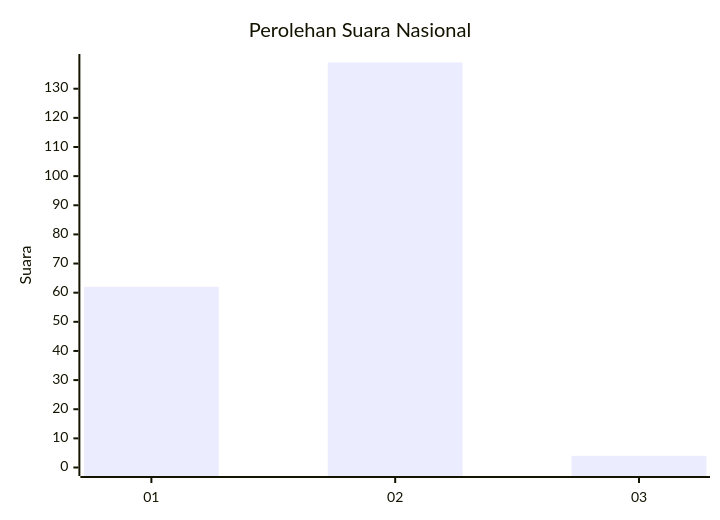
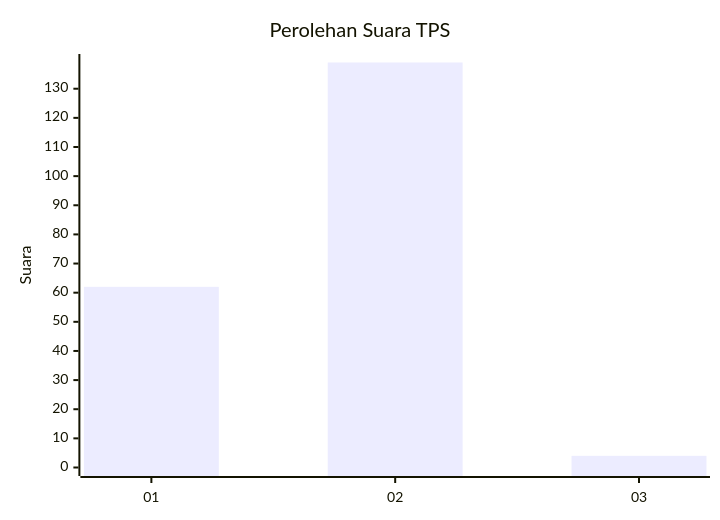
The first of 2 diagrams in pilpres/hitung-suara/sub/74-sulawesi-tenggara/sub/01-kolaka/sub/01-wundulako/sub/1011-ngapa/sub/002-tps/README.md (gigit-pemilu/pemilu-2024-74-sulawesi-tenggara), drawn with Mermaid before and after one commit. The commit also changed other lines of this file and 6274 other files, not shown here.

````diff
--- a/pilpres/hitung-suara/sub/74-sulawesi-tenggara/sub/01-kolaka/sub/01-wundulako/sub/1011-ngapa/sub/002-tps/README.md
+++ b/pilpres/hitung-suara/sub/74-sulawesi-tenggara/sub/01-kolaka/sub/01-wundulako/sub/1011-ngapa/sub/002-tps/README.md
@@ -5,7 +5,7 @@
 ```mermaid
 xychart-beta
-    title "Perolehan Suara Nasional"
+    title "Perolehan Suara TPS"
     x-axis [01, 02, 03]
     y-axis "Suara" 0 --> 139
     bar [62, 139, 4]
 ```
````
